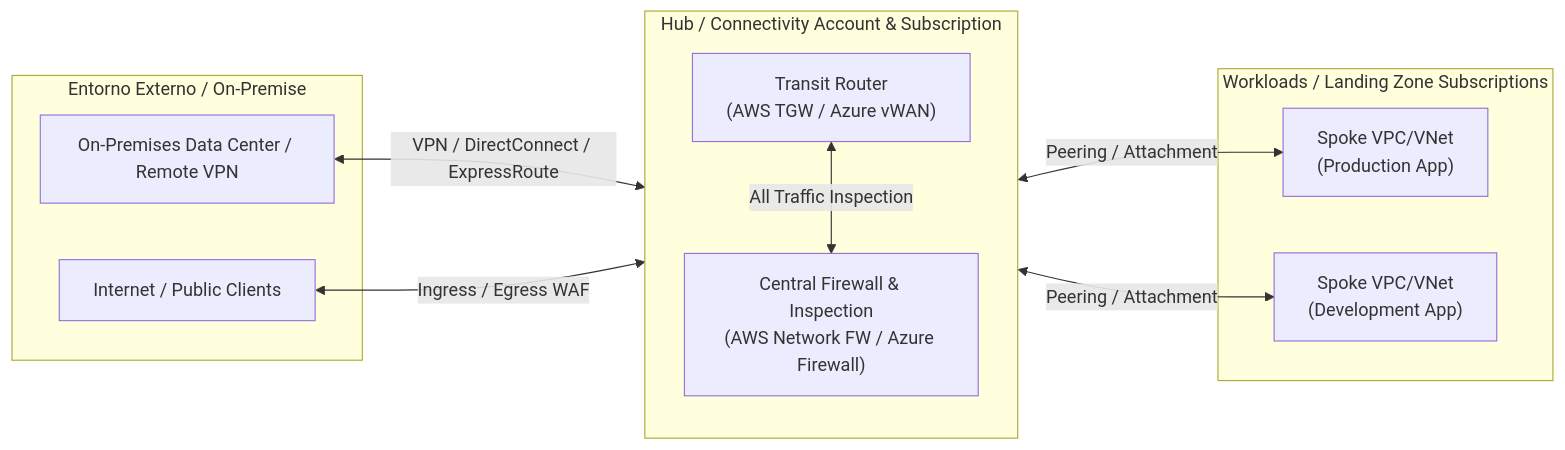
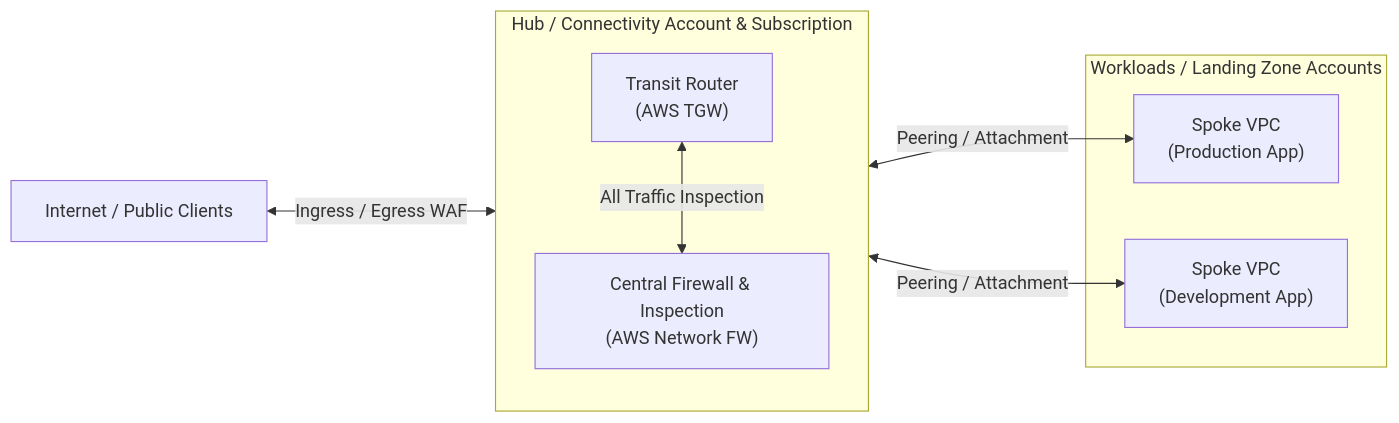
Before and after one commit to apaul6dev/landingzone: the second of 2 diagrams in docs/aws-landing-zone.md, drawn with Mermaid. The commit also changed other lines of this file and 2 other files, not shown here.

Commit message:
remove on premise

````diff
--- a/docs/aws-landing-zone.md
+++ b/docs/aws-landing-zone.md
@@ -74,27 +74,21 @@
 ```mermaid
 graph LR
-    subgraph External ["Entorno Externo / On-Premise"]
-        OnPrem["On-Premises Data Center / Remote VPN"]
-        Internet["Internet / Public Clients"]
-    end
+    Internet["Internet / Public Clients"]
 
     subgraph HubNetwork ["Hub / Connectivity Account & Subscription"]
         direction TB
-        TGW_vWAN["Transit Router<br/>(AWS TGW / Azure vWAN)"]
-        Firewall["Central Firewall & Inspection<br/>(AWS Network FW / Azure Firewall)"]
+        TGW_vWAN["Transit Router<br/>(AWS TGW)"]
+        Firewall["Central Firewall & Inspection<br/>(AWS Network FW)"]
     end
 
-    subgraph Spokes ["Workloads / Landing Zone Subscriptions"]
-        SpokeProd["Spoke VPC/VNet<br/>(Production App)"]
-        SpokeDev["Spoke VPC/VNet<br/>(Development App)"]
+    subgraph Spokes ["Workloads / Landing Zone Accounts"]
+        SpokeProd["Spoke VPC<br/>(Production App)"]
+        SpokeDev["Spoke VPC<br/>(Development App)"]
     end
 
     %% Flow Connections
-    OnPrem <-->|VPN / DirectConnect / ExpressRoute| TGW_vWAN
     Internet <-->|Ingress / Egress WAF| Firewall
-    
     TGW_vWAN <-->|All Traffic Inspection| Firewall
-    
     TGW_vWAN <-->|Peering / Attachment| SpokeProd
     TGW_vWAN <-->|Peering / Attachment| SpokeDev
 ```
````
